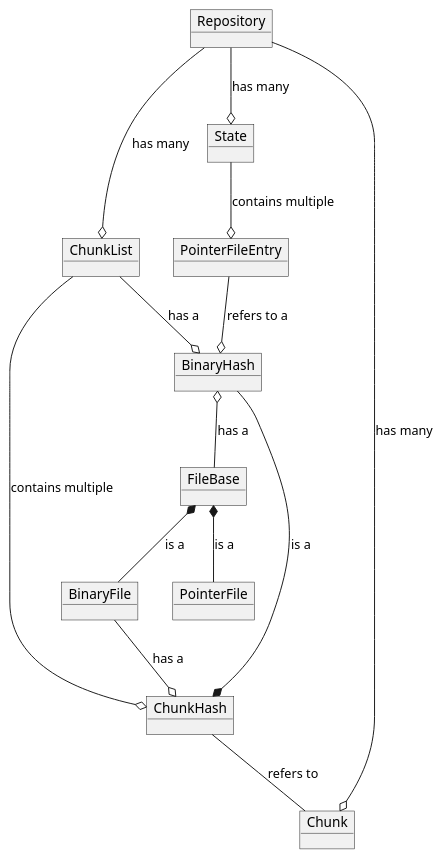
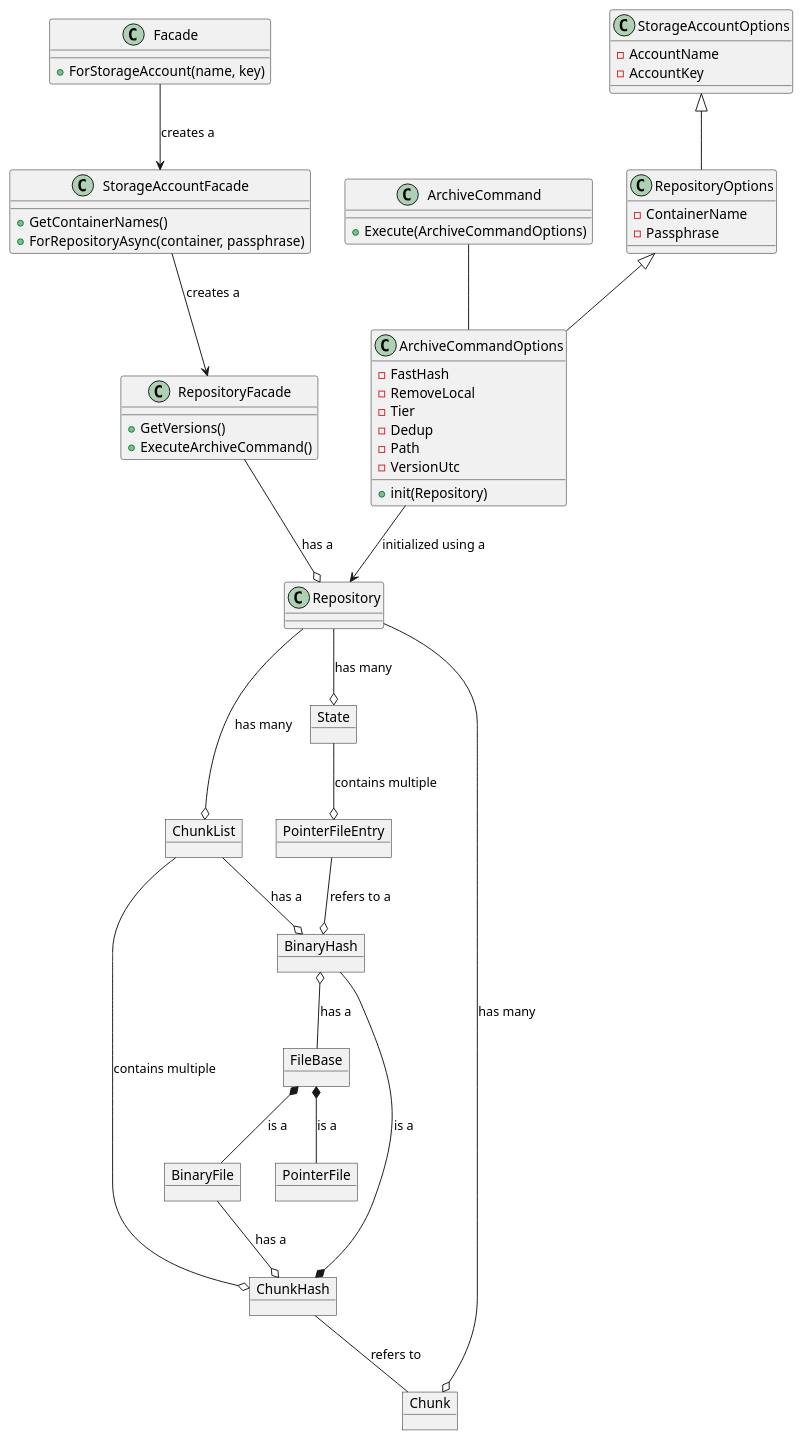
Before and after one commit to woutervanranst/Arius: the diagram in docs/domaindiagram.puml, drawn with PlantUML. The commit also changed 2 other files, not shown here.

Commit message:
Added Repository, Command sturcture to domain model

```diff
--- a/docs/domaindiagram.puml
+++ b/docs/domaindiagram.puml
@@ -1,34 +1,88 @@
 @startuml
-object Repository
+
+class Facade {
+ + ForStorageAccount(name, key)
+}
+
+class StorageAccountFacade {
+ + GetContainerNames()
+ + ForRepositoryAsync(container, passphrase)
+}
+
+class RepositoryFacade {
+ + GetVersions()
+ + ExecuteArchiveCommand()
+}
+
+class Repository {
+
+}
+
+Facade --> StorageAccountFacade : "creates a"
+StorageAccountFacade --> RepositoryFacade : "creates a"
+RepositoryFacade --o Repository : "has a"
+
+class StorageAccountOptions {
+ - AccountName
+ - AccountKey
+}
+
+class RepositoryOptions {
+ - ContainerName
+ - Passphrase
+}
+
+class ArchiveCommandOptions {
+ - FastHash
+ - RemoveLocal
+ - Tier
+ - Dedup
+ - Path
+ - VersionUtc
+ + init(Repository)
+}
+
+RepositoryOptions -u-|> StorageAccountOptions
+ArchiveCommandOptions -u-|> RepositoryOptions 
+ArchiveCommandOptions --> Repository : "initialized using a"
+
+class ArchiveCommand {
+ + Execute(ArchiveCommandOptions)
+}
+
+ArchiveCommand -- ArchiveCommandOptions
+
 object ChunkList
 object Chunk
 object State
 object PointerFileEntry
 object BinaryHash
 object ChunkHash
 object FileBase
 object PointerFile
 object BinaryFile
 
 Repository --o ChunkList : "has many"
 Repository --o Chunk : "has many"
 Repository --o State : "has many"
 
 ChunkList --o ChunkHash : "contains multiple"
 ChunkHash -- Chunk : "refers to"
 
 State --o PointerFileEntry : "contains multiple"
 
 PointerFileEntry --o BinaryHash : "refers to a"
 
 ChunkList --o BinaryHash : "has a"
 
 PointerFile -u-* FileBase : "is a"
 BinaryFile -u-* FileBase : "is a"
 
 FileBase -u-o BinaryHash : "has a"
 
 BinaryFile --o ChunkHash : "has a"
 
 BinaryHash --* ChunkHash : "is a"
+
+
 @enduml
```
